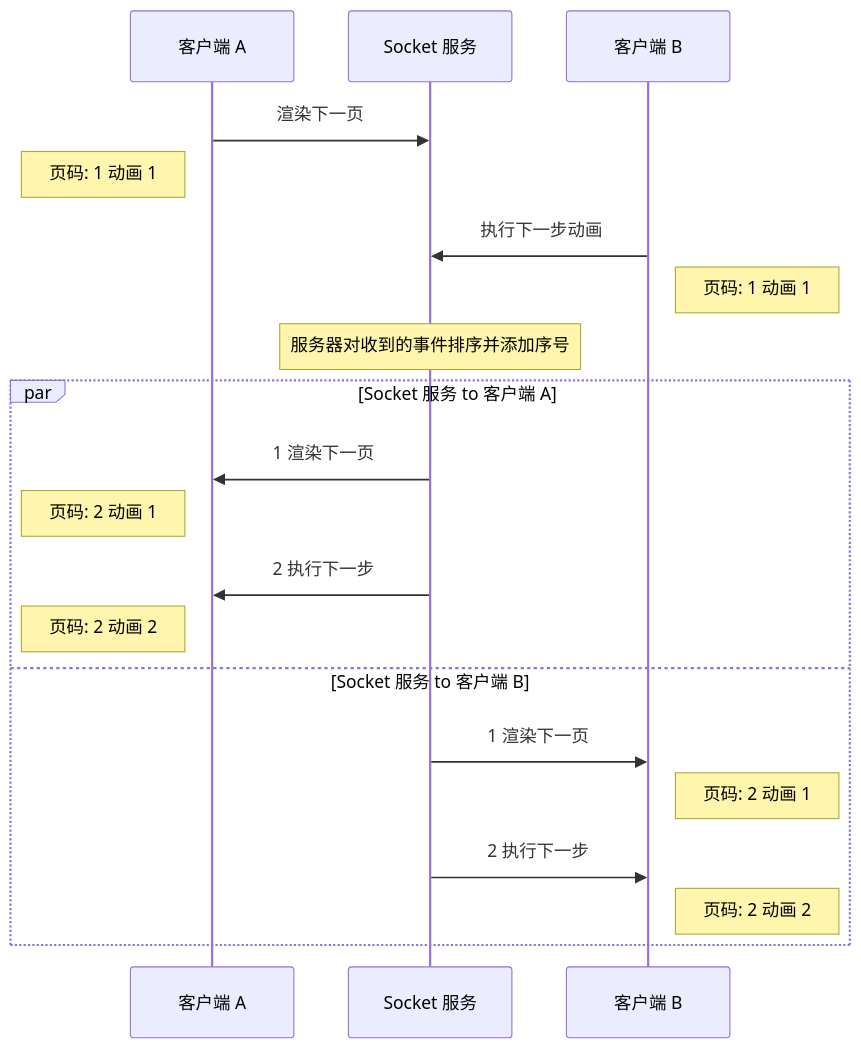
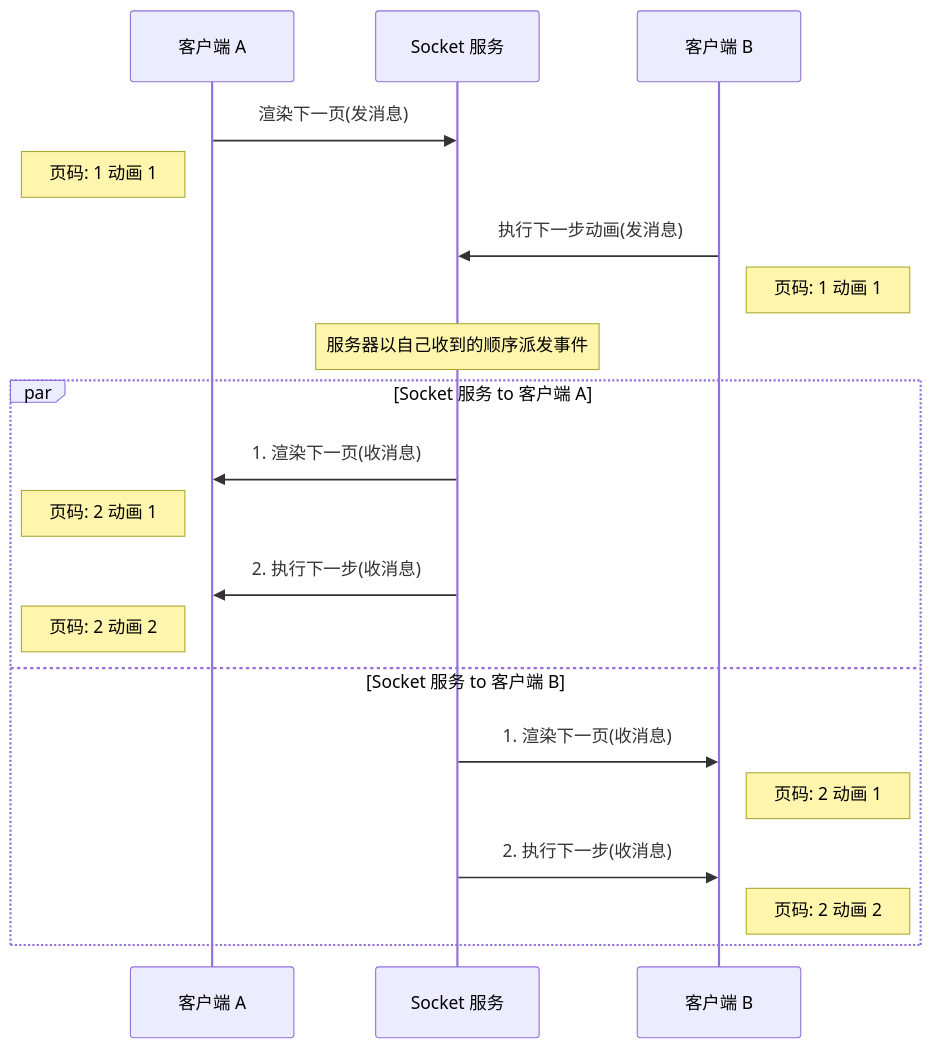
The first of 2 diagrams in README.md (netless-io/netless-slide-demo), drawn with Mermaid before and after one commit. The commit also changed other lines of this file, not shown here.

Commit message:
doc: update sequence diagram

````diff
--- a/README.md
+++ b/README.md
@@ -128,19 +133,19 @@
 ```mermaid
 sequenceDiagram
-客户端 A->>Socket 服务: 渲染下一页
+客户端 A->>Socket 服务: 渲染下一页(发消息)
 note left of 客户端 A: 页码: 1 动画 1
-客户端 B->>Socket 服务: 执行下一步动画
+客户端 B->>Socket 服务: 执行下一步动画(发消息)
 note right of 客户端 B: 页码: 1 动画 1
-Note over Socket 服务: 服务器对收到的事件排序并添加序号
+Note over Socket 服务: 服务器以自己收到的顺序派发事件
 par Socket 服务 to 客户端 A
-    Socket 服务->>客户端 A: 1 渲染下一页
+    Socket 服务->>客户端 A: 1. 渲染下一页(收消息)
     note left of 客户端 A: 页码: 2 动画 1
-    Socket 服务->>客户端 A: 2 执行下一步
+    Socket 服务->>客户端 A: 2. 执行下一步(收消息)
     note left of 客户端 A: 页码: 2 动画 2
 and Socket 服务 to 客户端 B
-    Socket 服务->>客户端 B: 1 渲染下一页
+    Socket 服务->>客户端 B: 1. 渲染下一页(收消息)
     note right of 客户端 B: 页码: 2 动画 1
-    Socket 服务->>客户端 B: 2 执行下一步
+    Socket 服务->>客户端 B: 2. 执行下一步(收消息)
     note right of 客户端 B: 页码: 2 动画 2
 end
 ```
````
